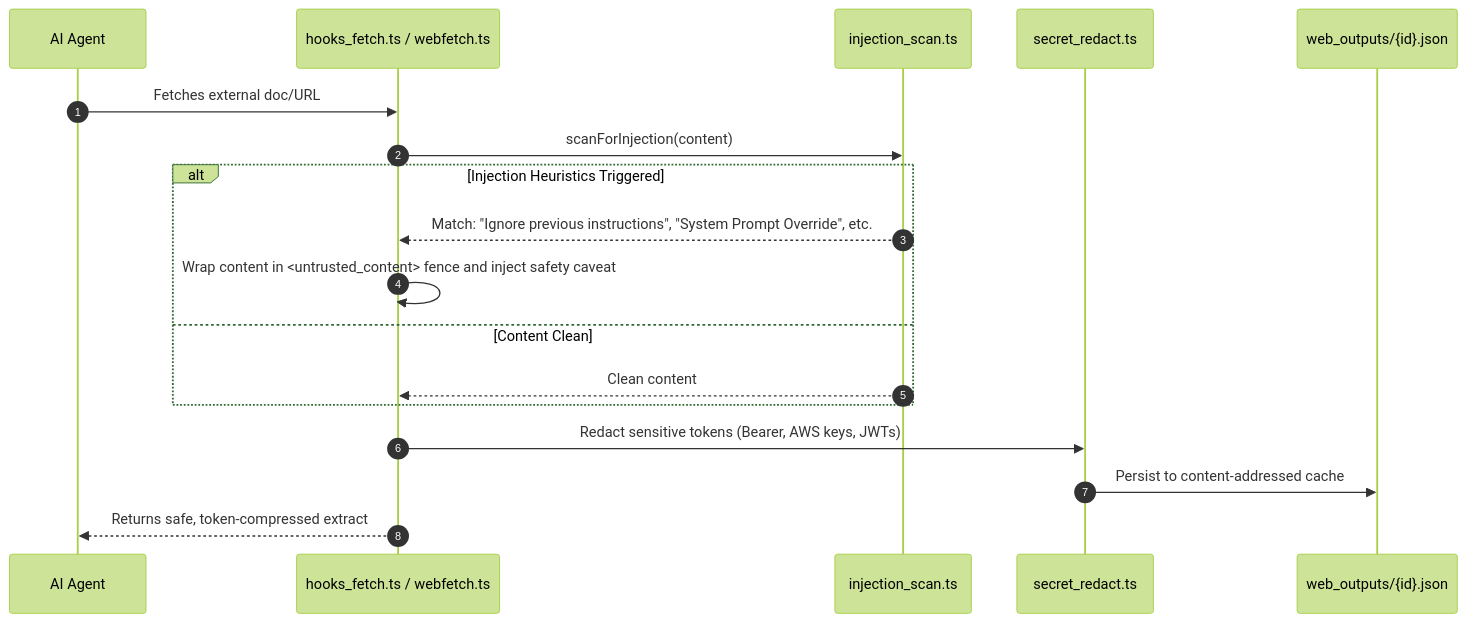
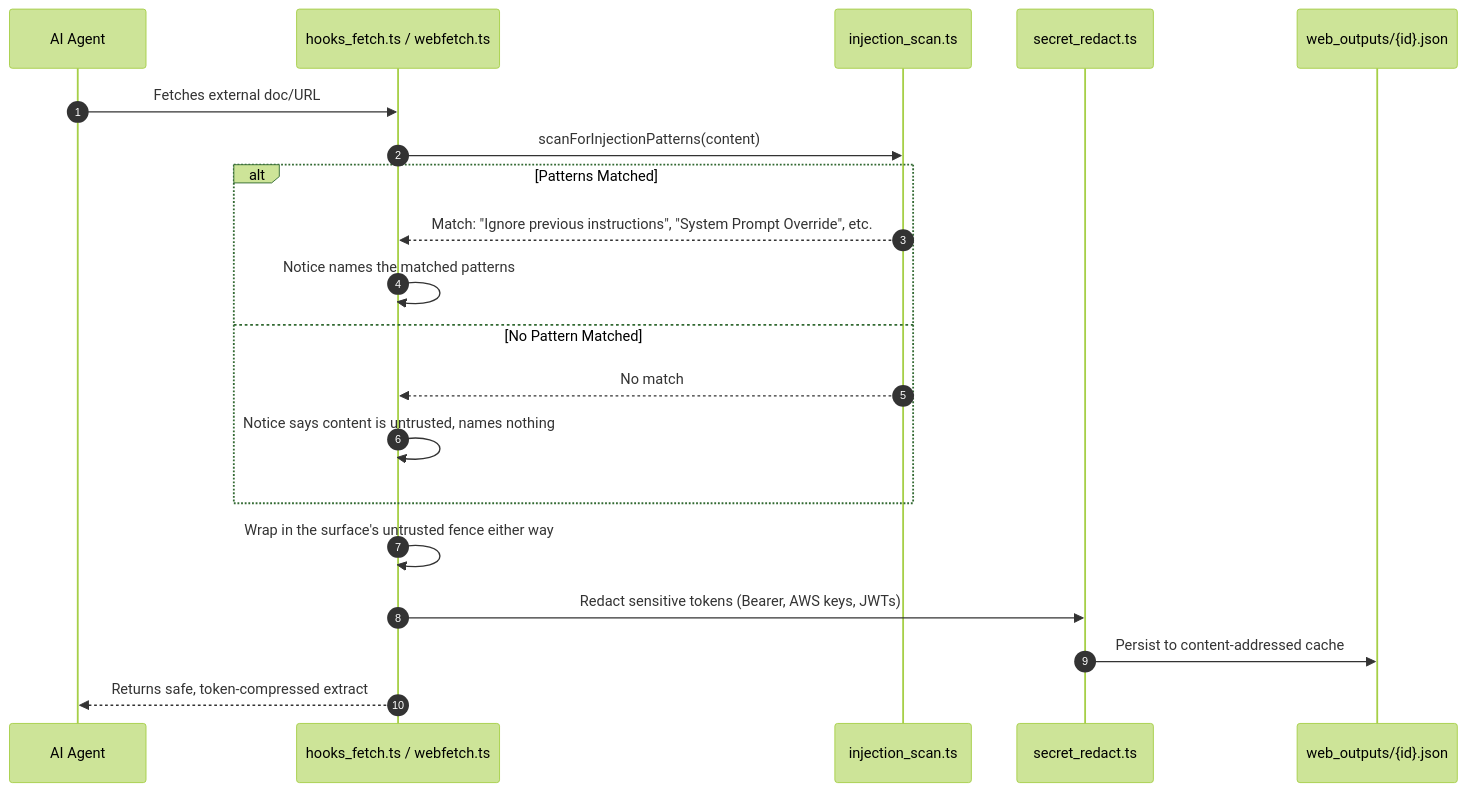
One commit to DFKHelper/token-goat changed the seventh of 7 diagrams in demo/C4_RUNTIME_ARCHITECTURE.md. Above: the diagram before and after it, drawn with Mermaid (forest theme). The commit also changed other lines of this file and 3 other files, not shown here.

````diff
--- a/demo/C4_RUNTIME_ARCHITECTURE.md
+++ b/demo/C4_RUNTIME_ARCHITECTURE.md
@@ -280,21 +280,23 @@
 ```mermaid
 sequenceDiagram
     autonumber
     participant Agent as AI Agent
     participant WebFetch as hooks_fetch.ts / webfetch.ts
     participant Scanner as injection_scan.ts
     participant Redactor as secret_redact.ts
     participant Cache as web_outputs/{id}.json
 
     Agent->>WebFetch: Fetches external doc/URL
-    WebFetch->>Scanner: scanForInjection(content)
-    alt Injection Heuristics Triggered
+    WebFetch->>Scanner: scanForInjectionPatterns(content)
+    alt Patterns Matched
         Scanner-->>WebFetch: Match: "Ignore previous instructions", "System Prompt Override", etc.
-        WebFetch->>WebFetch: Wrap content in <untrusted_content> fence and inject safety caveat
-    else Content Clean
-        Scanner-->>WebFetch: Clean content
+        WebFetch->>WebFetch: Notice names the matched patterns
+    else No Pattern Matched
+        Scanner-->>WebFetch: No match
+        WebFetch->>WebFetch: Notice says content is untrusted, names nothing
     end
+    WebFetch->>WebFetch: Wrap in the surface's untrusted fence either way
     WebFetch->>Redactor: Redact sensitive tokens (Bearer, AWS keys, JWTs)
     Redactor->>Cache: Persist to content-addressed cache
     WebFetch-->>Agent: Returns safe, token-compressed extract
 ```
````
